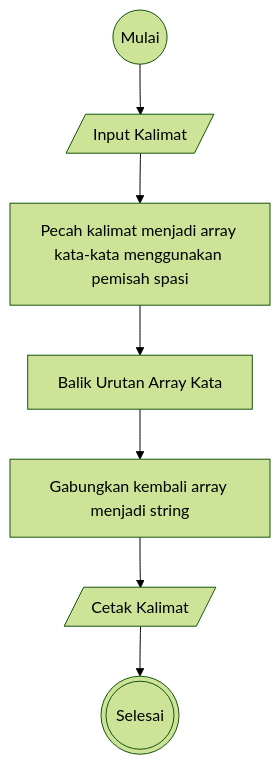
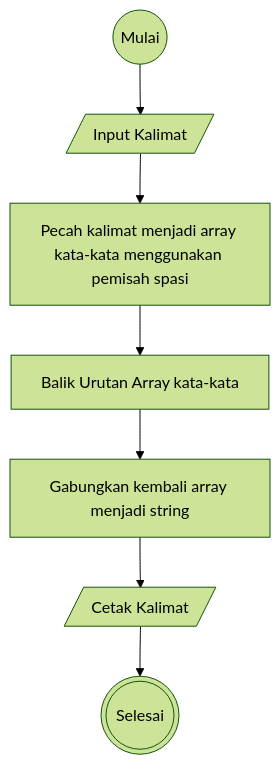
Before and after one commit to HN721/fgo24-weeklytask1: the second of 2 diagrams in README.md, drawn with Mermaid (forest theme).

````diff
--- a/README.md
+++ b/README.md
@@ -48,19 +48,19 @@
 ```mermaid
 flowchart TD
     A@{shape: circle,label: "Mulai"}
     B@{shape: lean-r, label: "Input Kalimat"  }
     C@{shape: rectangle, label: "Pecah kalimat menjadi array kata-kata menggunakan pemisah spasi"}
-    D@{shape:rectangle, label: "Balik Urutan Array Kata"}
+    D@{shape:rectangle, label: "Balik Urutan Array kata-kata"}
     E@{shape:rectangle , label: "Gabungkan kembali array menjadi string"}
     F@{shape: lean-r , label: "Cetak Kalimat"}
     G@{shape: dbl-circ , label: "Selesai"}
 
     A --> B
     B --> C
     C --> D
     D --> E
     E --> F
     F --> G
 
 
 ```
````
